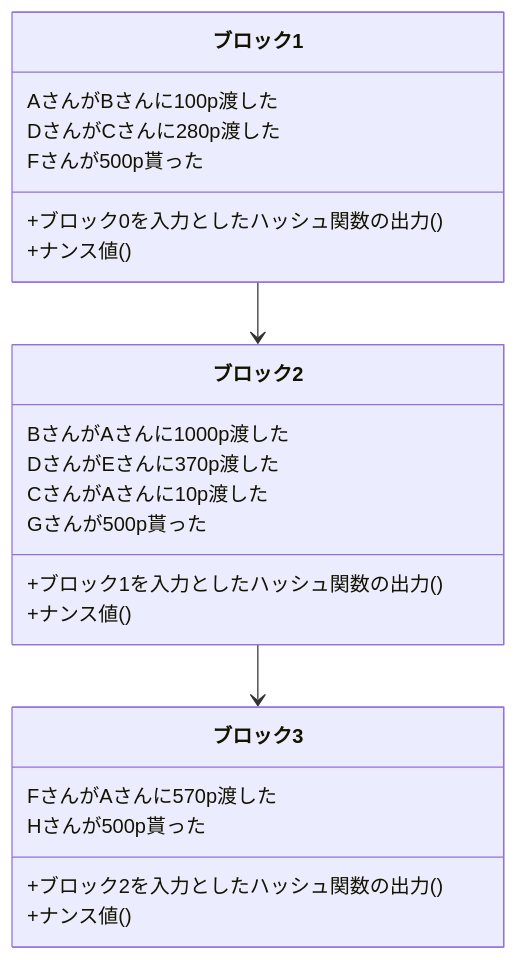
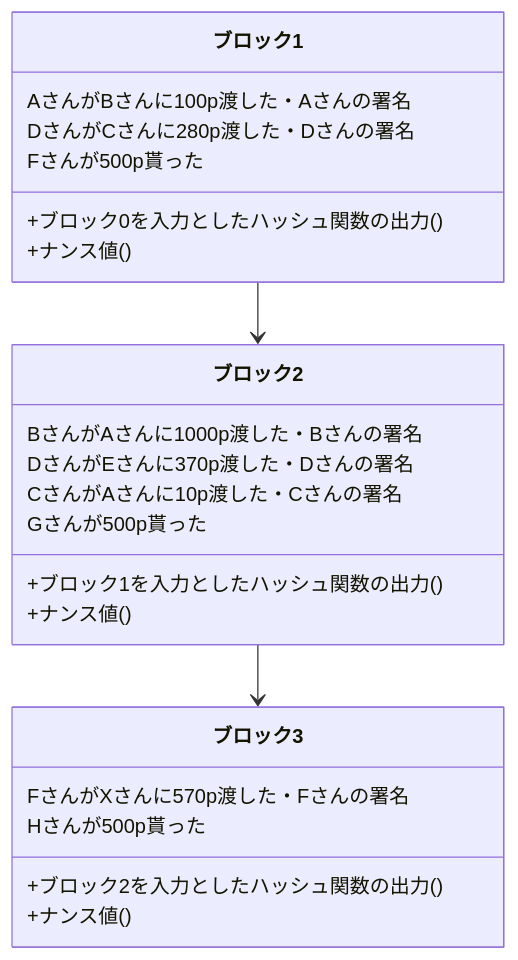
One commit to sonneko/sf-articles changed the first of 2 diagrams in articles/仮想通貨と電子決済の仕組み.md. Above: the diagram before and after it, drawn with Mermaid. The commit also changed other lines of this file, not shown here.

````diff
--- a/articles/仮想通貨と電子決済の仕組み.md
+++ b/articles/仮想通貨と電子決済の仕組み.md
@@ -29,26 +33,27 @@
 ```mermaid
 classDiagram
 	ブロック1-->ブロック2
 	ブロック2-->ブロック3
 	class ブロック1{
 		+ブロック0を入力としたハッシュ関数の出力()
-		AさんがBさんに100p渡した
-		DさんがCさんに280p渡した
+		AさんがBさんに100p渡した・Aさんの署名
+		DさんがCさんに280p渡した・Dさんの署名
 		Fさんが500p貰った
 		+ナンス値()
 	}
 	class ブロック2{
 		+ブロック1を入力としたハッシュ関数の出力()
-		BさんがAさんに1000p渡した
-		DさんがEさんに370p渡した
-		CさんがAさんに10p渡した
+		BさんがAさんに1000p渡した・Bさんの署名
+		DさんがEさんに370p渡した・Dさんの署名
+		CさんがAさんに10p渡した・Cさんの署名
 		Gさんが500p貰った
 		+ナンス値()
 	}
 	class ブロック3{
 		+ブロック2を入力としたハッシュ関数の出力()
-		FさんがAさんに570p渡した
+		FさんがXさんに570p渡した・Fさんの署名
 		Hさんが500p貰った
 		+ナンス値()
 	}
+
 ```
````
